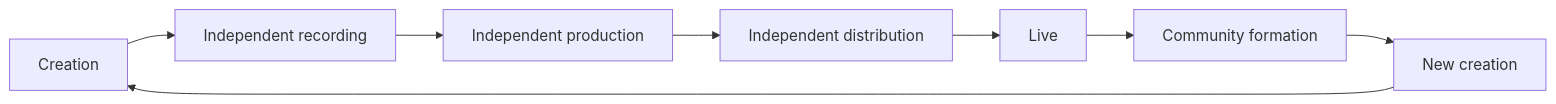
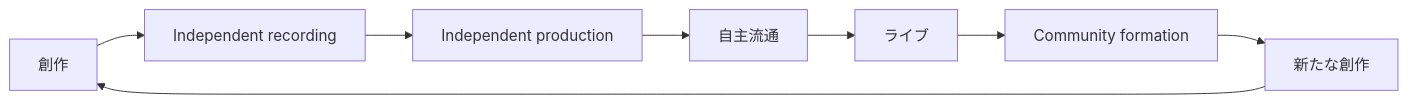
The tenth of 10 diagrams in en/_posts/2026-07-13-column-penny-rimbaud.md (monumental-movement/monumental-movement.github.io), drawn with Mermaid before and after one commit. The commit also changed other lines of this file and 2196 other files, not shown here.

```diff
--- a/en/_posts/2026-07-13-column-penny-rimbaud.md
+++ b/en/_posts/2026-07-13-column-penny-rimbaud.md
@@ -1153,12 +1153,12 @@
 <div class="mermaid">
 flowchart LR
 
-A["Creation"] --> B["Independent recording"]
+A["創作"] --> B["Independent recording"]
 B --> C["Independent production"]
-C --> D["Independent distribution"]
-D --> E["Live"]
+C --> D["自主流通"]
+D --> E["ライブ"]
 E --> F["Community formation"]
-F --> G["New creation"]
+F --> G["新たな創作"]
 
 G --> A
 </div>
```
